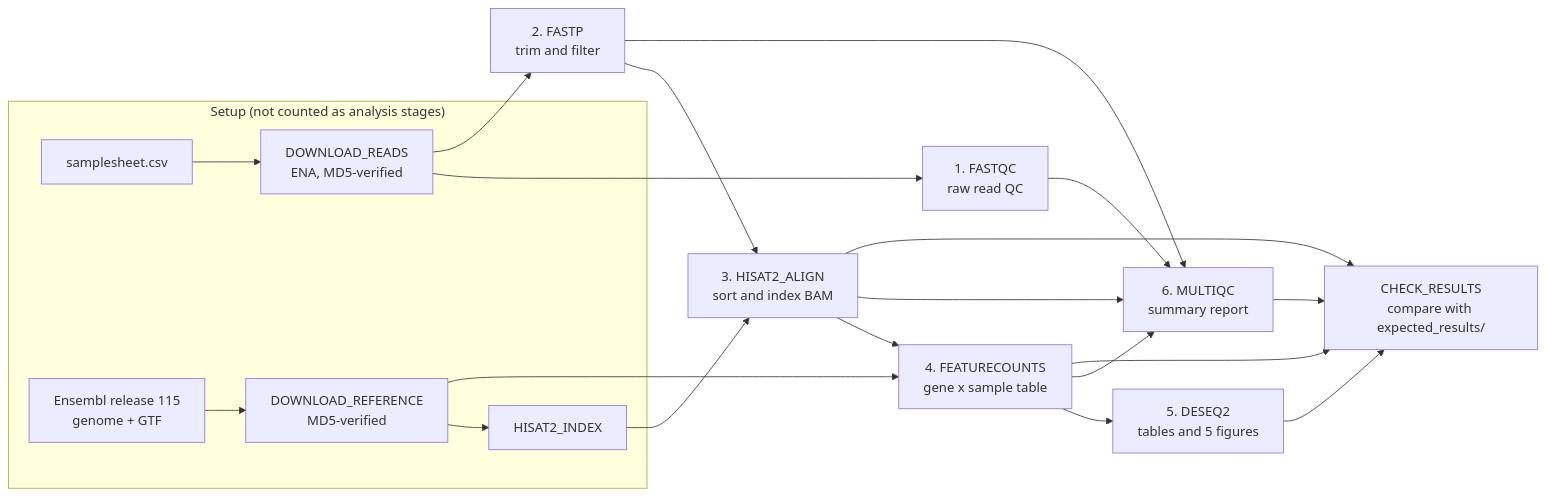
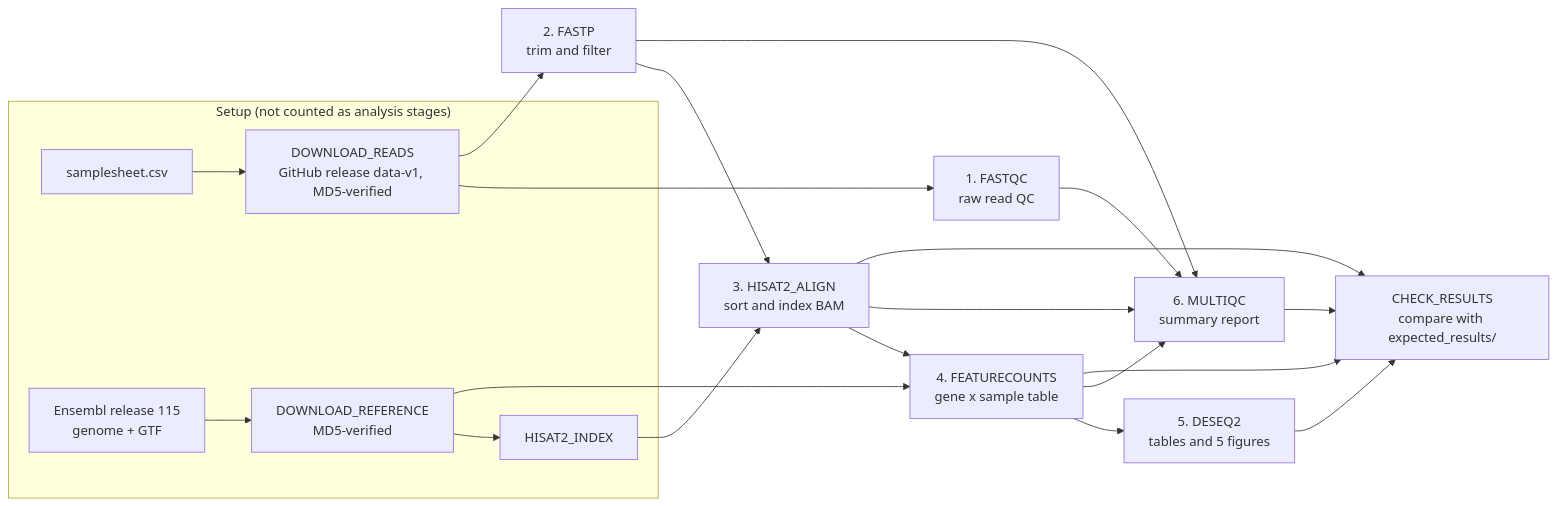
Before and after one commit to Wendy1907/yeast-snf2-rnaseq: the diagram in README.md, drawn with Mermaid. The commit also changed other lines of this file, not shown here.

````diff
--- a/README.md
+++ b/README.md
@@ -80,23 +80,23 @@
 ```mermaid
 flowchart LR
     subgraph SETUP["Setup (not counted as analysis stages)"]
-        SS["samplesheet.csv"] --> DR["DOWNLOAD_READS<br/>ENA, MD5-verified"]
+        SS["samplesheet.csv"] --> DR["DOWNLOAD_READS<br/>GitHub release data-v1, MD5-verified"]
         REF["Ensembl release 115<br/>genome + GTF"] --> DREF["DOWNLOAD_REFERENCE<br/>MD5-verified"]
         DREF --> IDX["HISAT2_INDEX"]
     end
     DR --> FQ["1. FASTQC<br/>raw read QC"]
     DR --> FP["2. FASTP<br/>trim and filter"]
     FP --> AL["3. HISAT2_ALIGN<br/>sort and index BAM"]
     IDX --> AL
     AL --> FC["4. FEATURECOUNTS<br/>gene x sample table"]
     DREF --> FC
     FC --> DE["5. DESEQ2<br/>tables and 5 figures"]
     FQ --> MQ["6. MULTIQC<br/>summary report"]
     FP --> MQ
     AL --> MQ
     FC --> MQ
     DE --> CK["CHECK_RESULTS<br/>compare with expected_results/"]
     FC --> CK
     AL --> CK
     MQ --> CK
 ```
````
